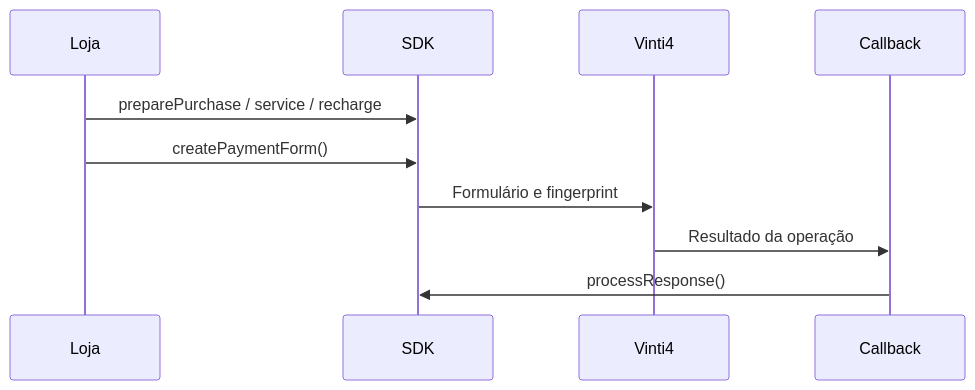
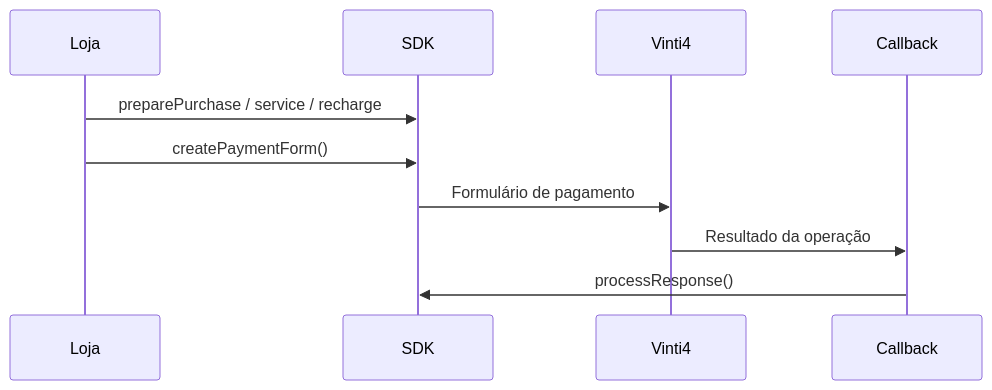
The diagram in mkdocs/payments.md (erilshackle/vinti4net-php), drawn with Mermaid before and after one commit. The commit also changed other lines of this file and 23 other files, not shown here.

First line of the commit message:
Refactor documentation and code for Vinti4Net PHP SDK

````diff
--- a/mkdocs/payments.md
+++ b/mkdocs/payments.md
@@ -113,12 +117,12 @@
 ```mermaid
 sequenceDiagram
     participant Loja
     participant SDK
     participant Vinti4
     participant Callback
     Loja->>SDK: preparePurchase / service / recharge
     Loja->>SDK: createPaymentForm()
-    SDK->>Vinti4: Formulário e fingerprint
+    SDK->>Vinti4: Formulário de pagamento
     Vinti4->>Callback: Resultado da operação
     Callback->>SDK: processResponse()
 ```
````
